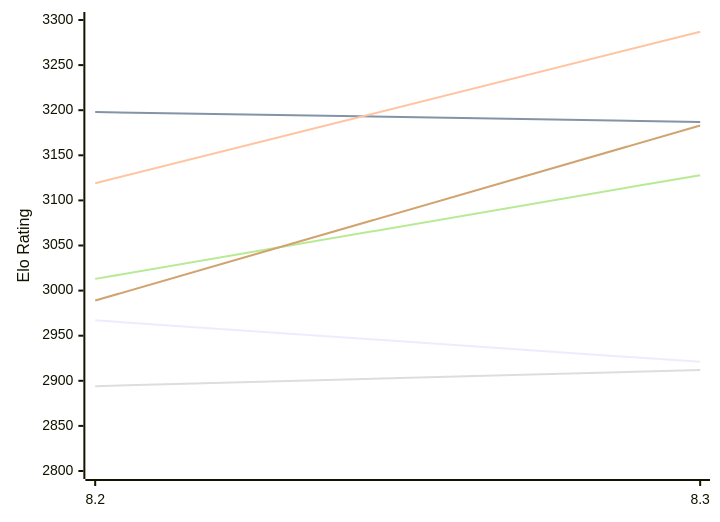
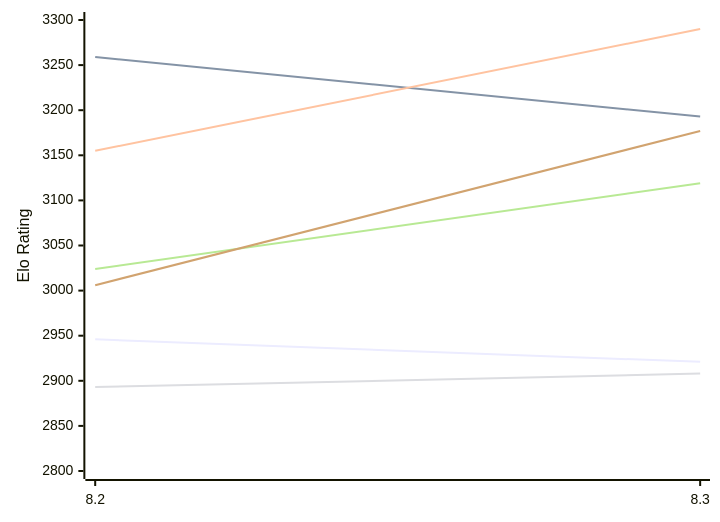
Before and after one commit to computer-chess-index/cci: the first of 2 diagrams in engines/Alexander.md, drawn with Mermaid. The commit also changed other lines of this file, not shown here.

Commit message:
Update CCI Ratings (ELO VLTC) - 2026-11-15

````diff
--- a/engines/Alexander.md
+++ b/engines/Alexander.md
@@ -52,12 +52,12 @@
 ```mermaid
 %%{init: {"theme":"base","themeVariables":{"seriesColors:['#a3a3a3','#222221','#faa371']}}}%%
 xychart-beta
   x-axis ["8.2", "8.3"]
   y-axis "Elo Rating" 2800 --> 3300
-  line "E1: STC (8.0+0.08s)" [2967, 2921]
-  line "E1: LTC (60.0+0.60s)" [3198, 3187]
-  line "E1: VLTC (2m24s+1.12s)" [3119, 3287]
-  line "P1: STC (8.0+0.08s)" [2894, 2912]
-  line "P1: LTC (60.0+0.60s)" [3013, 3128]
-  line "P1: VLTC (2m24s+1.12s)" [2989, 3183]
+  line "E1: STC (8.0+0.08s)" [2946, 2921]
+  line "E1: LTC (60.0+0.60s)" [3259, 3193]
+  line "E1: VLTC (2m24s+1.12s)" [3155, 3290]
+  line "P1: STC (8.0+0.08s)" [2893, 2908]
+  line "P1: LTC (60.0+0.60s)" [3024, 3119]
+  line "P1: VLTC (2m24s+1.12s)" [3006, 3177]
 ```
````
